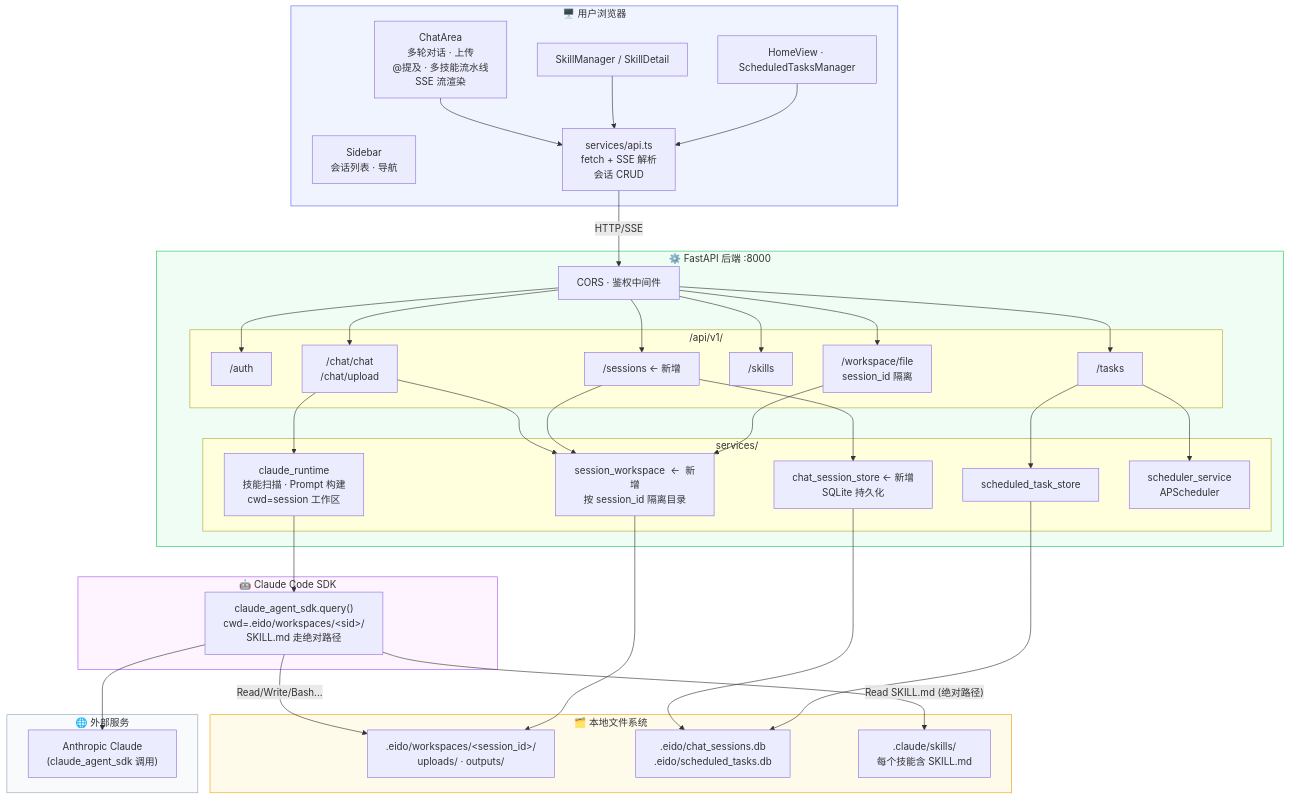
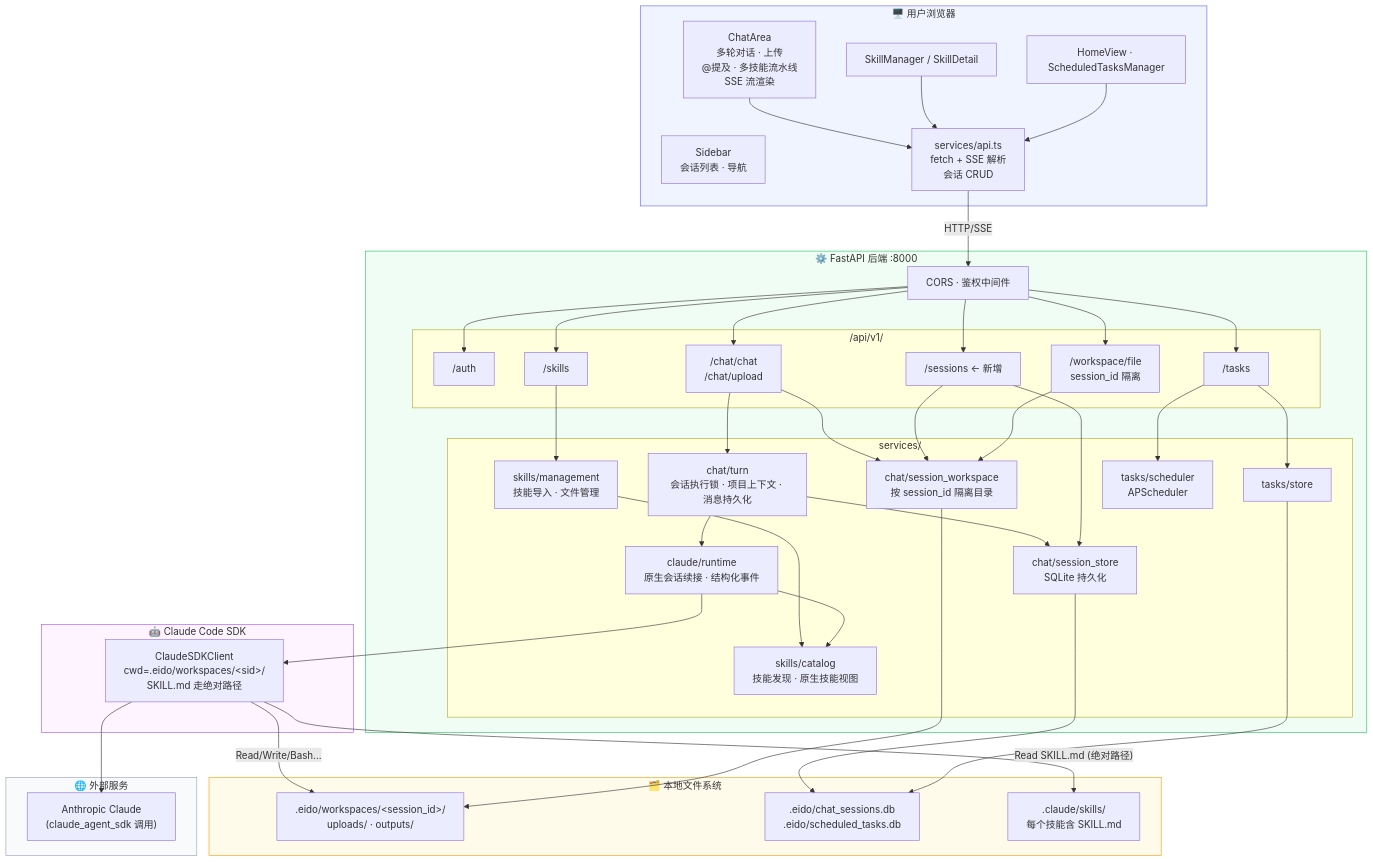
Before and after one commit to damaohongtu/eido-ai: the first of 5 diagrams in docs/architecture.md, drawn with Mermaid. The commit also changed other lines of this file and 218 other files, not shown here.

First line of the commit message:
refactor: simplify Claude SDK backend and add session-aware chat API

```diff
--- a/docs/architecture.md
+++ b/docs/architecture.md
@@ -27,16 +27,19 @@
         end
 
         subgraph 服务层["services/"]
-            SVC_Skill["claude_runtime<br/>技能扫描 · Prompt 构建<br/>cwd=session 工作区"]
-            SVC_WS["session_workspace  ←  新增<br/>按 session_id 隔离目录"]
-            SVC_Store["chat_session_store  ←  新增<br/>SQLite 持久化"]
-            SVC_TaskStore["scheduled_task_store"]
-            SVC_Sched["scheduler_service<br/>APScheduler"]
+            SVC_Turn["chat/turn<br/>会话执行锁 · 项目上下文 · 消息持久化"]
+            SVC_Skill["claude/runtime<br/>原生会话续接 · 结构化事件"]
+            SVC_WS["chat/session_workspace<br/>按 session_id 隔离目录"]
+            SVC_Store["chat/session_store<br/>SQLite 持久化"]
+            SVC_Catalog["skills/catalog<br/>技能发现 · 原生技能视图"]
+            SVC_Skills["skills/management<br/>技能导入 · 文件管理"]
+            SVC_TaskStore["tasks/store"]
+            SVC_Sched["tasks/scheduler<br/>APScheduler"]
         end
     end
 
     subgraph 技能引擎["🤖 Claude Code SDK"]
-        SDK["claude_agent_sdk.query()<br/>cwd=.eido/workspaces/&lt;sid&gt;/<br/>SKILL.md 走绝对路径"]
+        SDK["ClaudeSDKClient<br/>cwd=.eido/workspaces/&lt;sid&gt;/<br/>SKILL.md 走绝对路径"]
     end
 
     subgraph 文件系统["🗂️ 本地文件系统"]
@@ -61,11 +64,16 @@
     MW --> EP_Auth
     MW --> EP_Tasks
 
-    EP_Chat --> SVC_Skill
+    EP_Chat --> SVC_Turn
+    SVC_Turn --> SVC_Skill
+    SVC_Turn --> SVC_Store
     EP_Chat --> SVC_WS
     EP_Sessions --> SVC_Store
     EP_Sessions --> SVC_WS
     EP_Workspace --> SVC_WS
+    EP_Skills --> SVC_Skills
+    SVC_Skills --> SVC_Catalog
+    SVC_Skill --> SVC_Catalog
     EP_Tasks --> SVC_TaskStore
     EP_Tasks --> SVC_Sched
 
```
